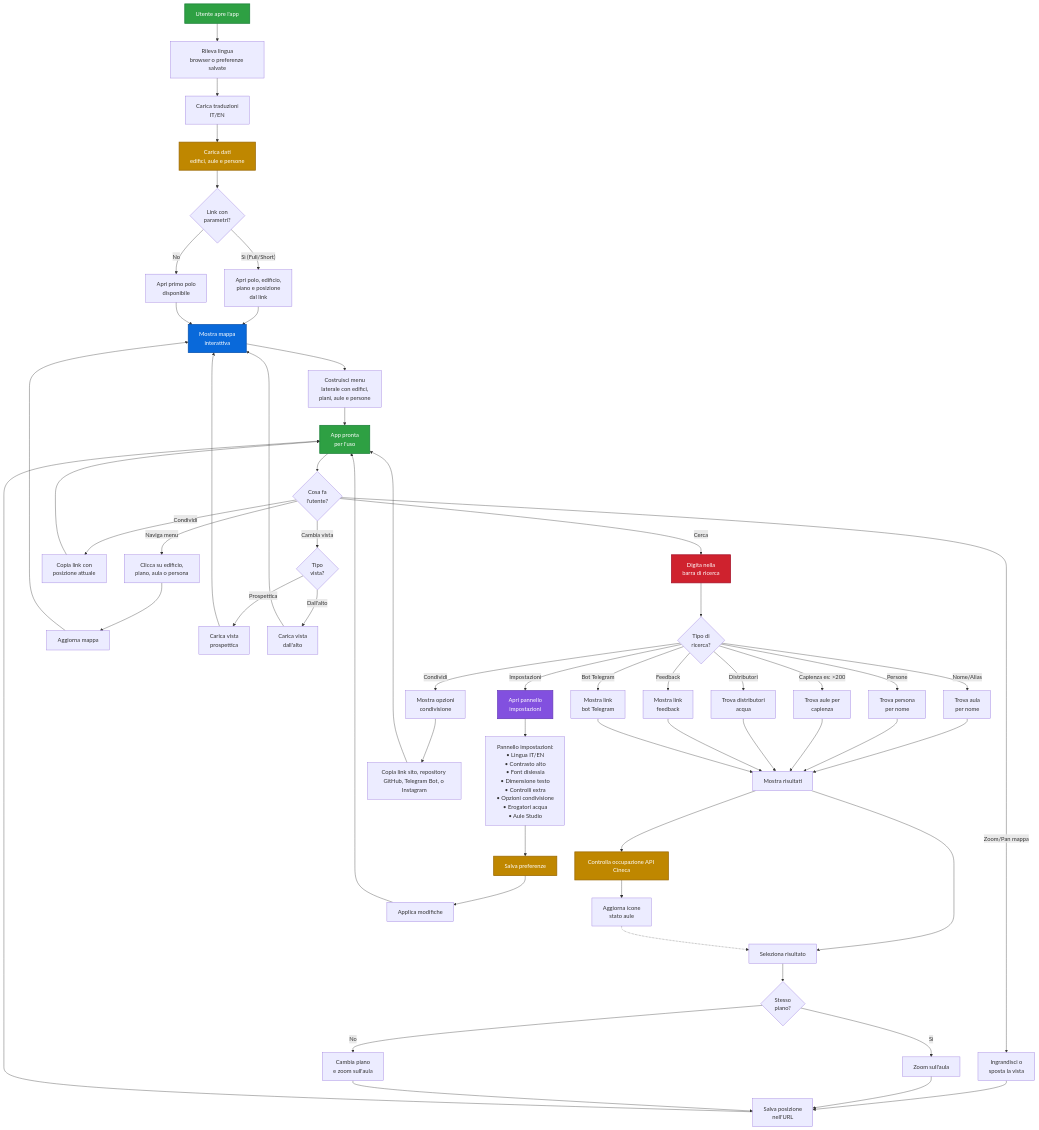
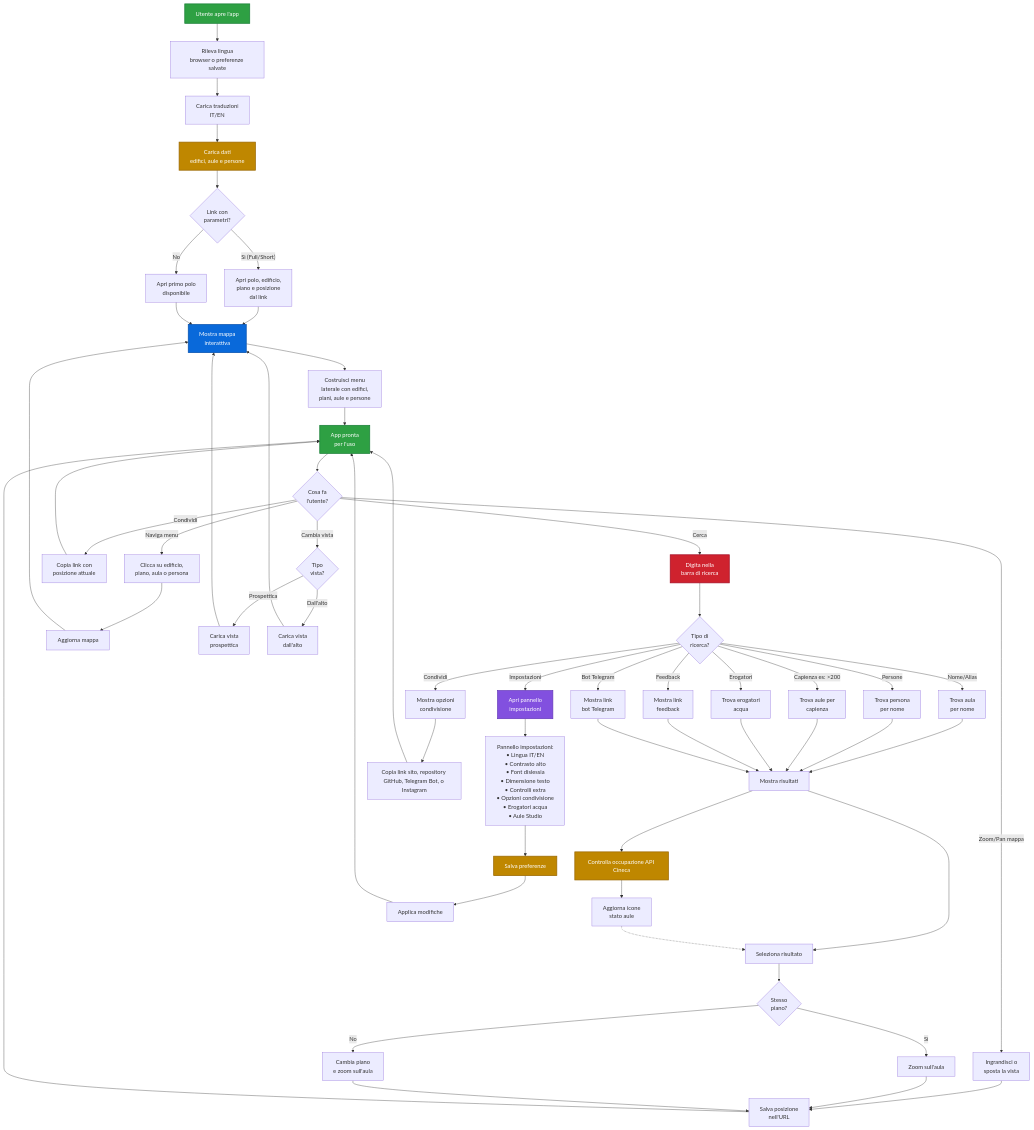
One commit to plumkewe/dove-unipi changed the second of 2 diagrams in README.md. Above: the diagram before and after it, drawn with Mermaid. The commit also changed other lines of this file and 5 other files, not shown here.

```diff
--- a/README.md
+++ b/README.md
@@ -289,7 +290,7 @@
     SearchType -->|Condividi| OpenShare[Mostra opzioni<br/>condivisione]
     SearchType -->|Bot Telegram| OpenBot[Mostra link<br/>bot Telegram]
     SearchType -->|Feedback| OpenFeedback[Mostra link<br/>feedback]
-    SearchType -->|Distributori| FindWater[Trova distributori<br/>acqua]
+    SearchType -->|Erogatori| FindWater[Trova erogatori<br/>acqua]
 
     FindByName --> ShowResults[Mostra risultati]
     FindPerson --> ShowResults
```
